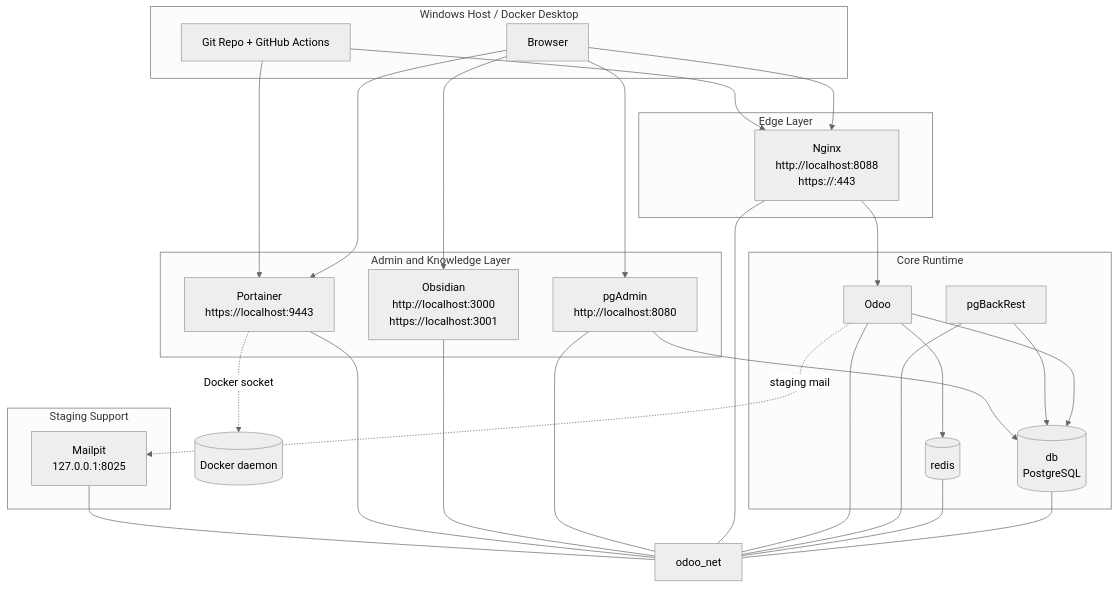
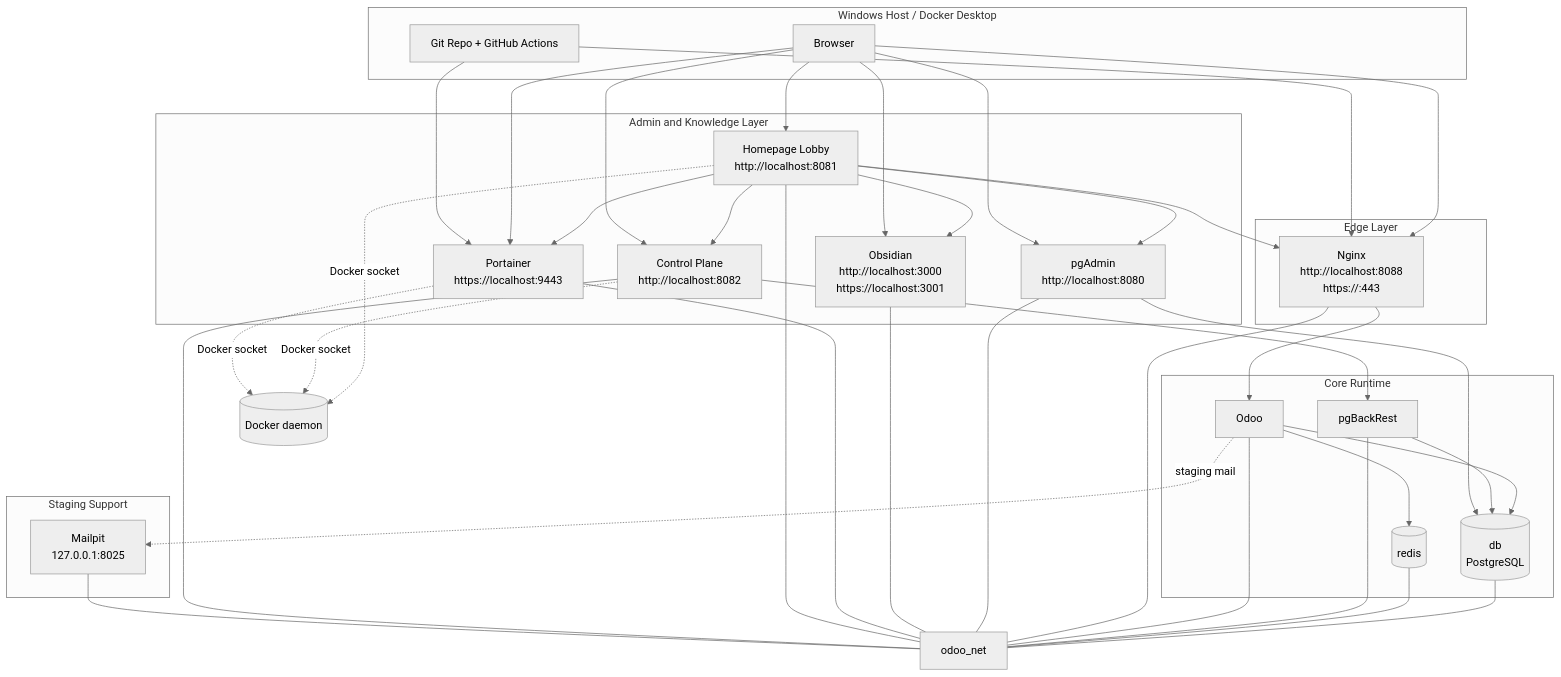
Before and after one commit to Jairogelpi/odoo19_sh_imitation: the diagram in docs/brain/stack_topology.md, drawn with Mermaid (neutral theme). The commit also changed other lines of this file and 477 other files, not shown here.

````diff
--- a/docs/brain/stack_topology.md
+++ b/docs/brain/stack_topology.md
@@ -49,53 +49,67 @@
 ```mermaid
 graph TD
   subgraph Host[Windows Host / Docker Desktop]
     Browser[Browser]
     Git[Git Repo + GitHub Actions]
   end
 
   subgraph AdminLayer[Admin and Knowledge Layer]
+    Lobby[Homepage Lobby\nhttp://localhost:8081]
+    CtrlPlane[Control Plane\nhttp://localhost:8082]
     Portainer[Portainer\nhttps://localhost:9443]
     PgAdmin[pgAdmin\nhttp://localhost:8080]
     Obsidian[Obsidian\nhttp://localhost:3000\nhttps://localhost:3001]
   end
 
   subgraph EdgeLayer[Edge Layer]
     Nginx[Nginx\nhttp://localhost:8088\nhttps://<host>:443]
   end
 
   subgraph CoreLayer[Core Runtime]
     Odoo[Odoo]
     DB[(db\nPostgreSQL)]
     Redis[(redis)]
     PgBackRest[pgBackRest]
   end
 
   subgraph StagingLayer[Staging Support]
     Mailpit[Mailpit\n127.0.0.1:8025]
   end
 
+  Browser --> Lobby
+  Lobby --> Portainer
+  Lobby --> PgAdmin
+  Lobby --> Obsidian
+  Lobby --> Nginx
+  Lobby --> CtrlPlane
+  Lobby -. Docker socket .-> DockerHost
+  CtrlPlane -. Docker socket .-> DockerHost
+  CtrlPlane --> PgBackRest
+  Browser --> CtrlPlane
   Browser --> Portainer
   Browser --> PgAdmin
   Browser --> Obsidian
   Browser --> Nginx
   Git --> Nginx
   Git --> Portainer
 
   Nginx --> Odoo
   Odoo --> DB
   Odoo --> Redis
   PgBackRest --> DB
   PgAdmin --> DB
   Portainer -. Docker socket .-> DockerHost[(Docker daemon)]
   Odoo -. staging mail .-> Mailpit
 
   DB --- odoo_net
   Redis --- odoo_net
   PgBackRest --- odoo_net
   Odoo --- odoo_net
   Nginx --- odoo_net
   PgAdmin --- odoo_net
   Obsidian --- odoo_net
   Portainer --- odoo_net
+  Lobby --- odoo_net
+  CtrlPlane --- odoo_net
   Mailpit --- odoo_net
 ```
````
